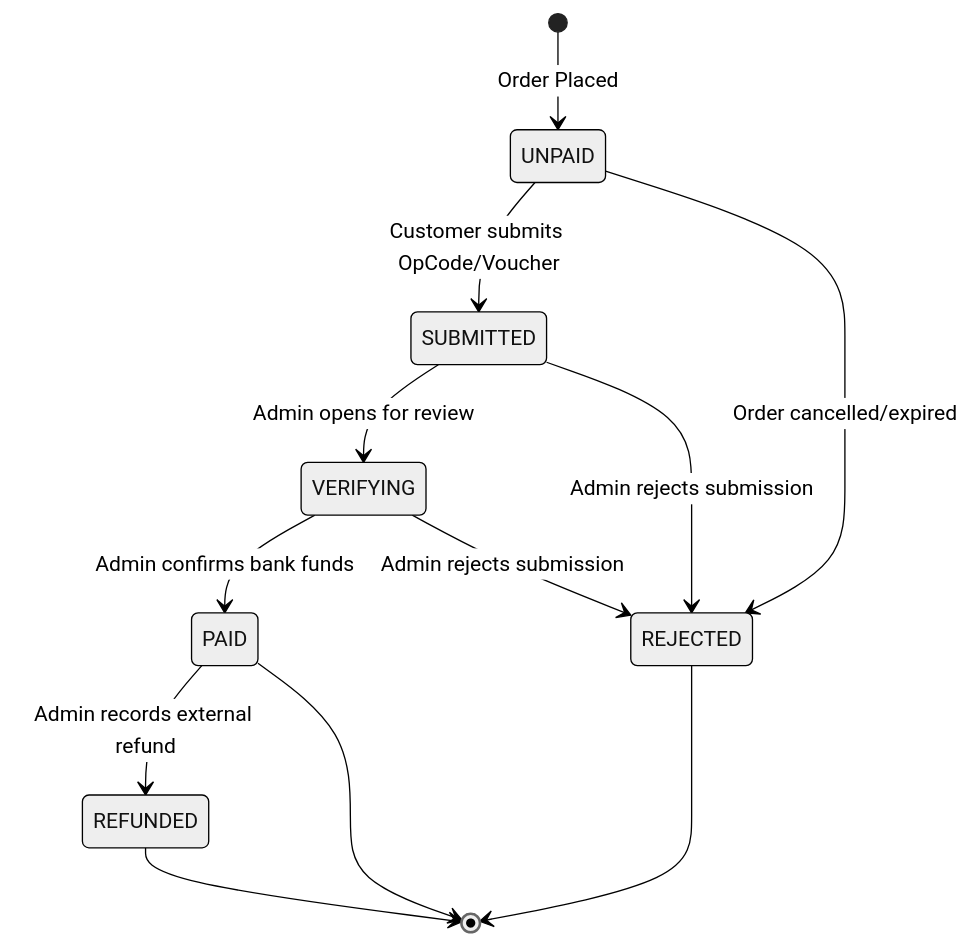
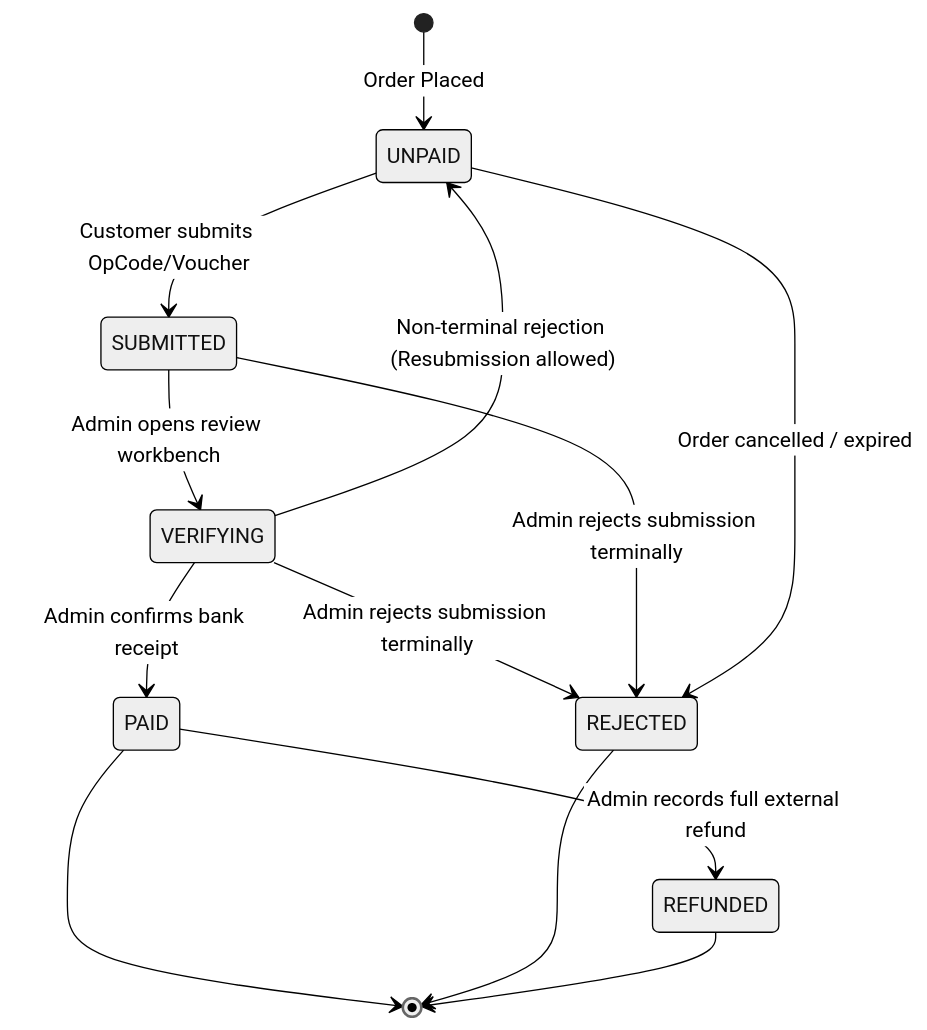
The sixth of 15 diagrams in docs/architecture/COMMERCE_DOMAIN_MODEL.md (SaeBryxn/GamerPeru-Vercel), drawn with Mermaid (neutral theme) before and after one commit. The commit also changed other lines of this file and 1 other file, not shown here.

````diff
--- a/docs/architecture/COMMERCE_DOMAIN_MODEL.md
+++ b/docs/architecture/COMMERCE_DOMAIN_MODEL.md
@@ -648,14 +1184,15 @@
 ```mermaid
 stateDiagram-v2
     [*] --> UNPAID: Order Placed
     UNPAID --> SUBMITTED: Customer submits OpCode/Voucher
-    SUBMITTED --> VERIFYING: Admin opens for review
-    VERIFYING --> PAID: Admin confirms bank funds
-    VERIFYING --> REJECTED: Admin rejects submission
-    SUBMITTED --> REJECTED: Admin rejects submission
-    PAID --> REFUNDED: Admin records external refund
-    UNPAID --> REJECTED: Order cancelled/expired
+    SUBMITTED --> VERIFYING: Admin opens review workbench
+    VERIFYING --> PAID: Admin confirms bank receipt
+    VERIFYING --> REJECTED: Admin rejects submission terminally
+    VERIFYING --> UNPAID: Non-terminal rejection (Resubmission allowed)
+    SUBMITTED --> REJECTED: Admin rejects submission terminally
+    PAID --> REFUNDED: Admin records full external refund
+    UNPAID --> REJECTED: Order cancelled / expired
     PAID --> [*]
     REJECTED --> [*]
     REFUNDED --> [*]
 ```
````
